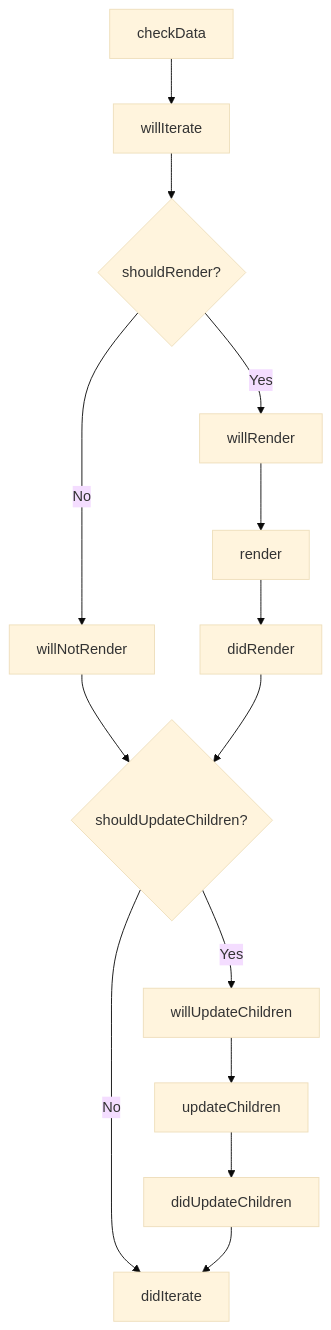
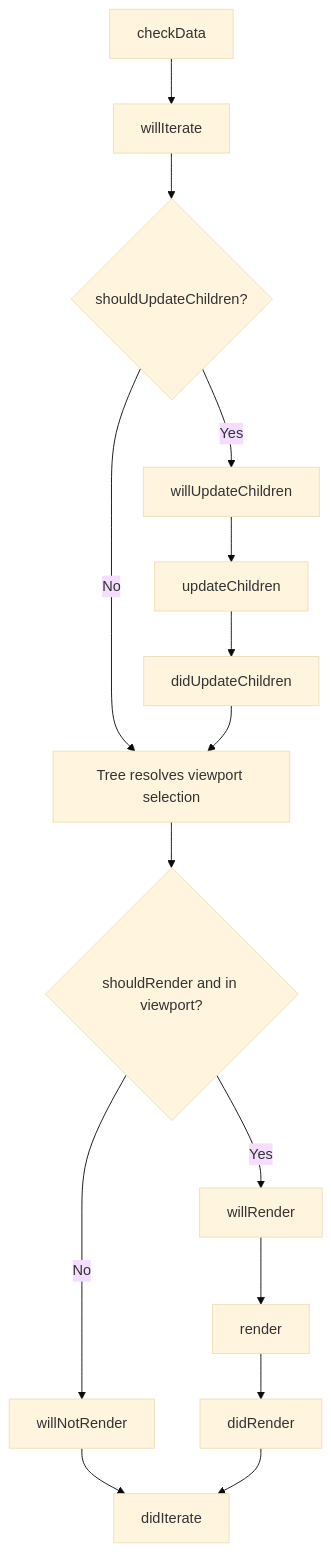
One commit to gravity-ui/graph changed the second of 2 diagrams in packages/graph/docs/system/component-lifecycle.md. Above: the diagram before and after it, drawn with Mermaid (base theme). The commit also changed other lines of this file and 35 other files, not shown here.

Commit message:
feat(graph): make viewport culling native to layer trees

````diff
--- a/packages/graph/docs/system/component-lifecycle.md
+++ b/packages/graph/docs/system/component-lifecycle.md
@@ -65,16 +70,17 @@
    ```mermaid
    flowchart TD
        A[checkData] --> B[willIterate]
-       B --> C{shouldRender?}
+       B --> H{shouldUpdateChildren?}
+       H -->|Yes| I[willUpdateChildren]
+       I --> J[updateChildren]
+       J --> K[didUpdateChildren]
+       H -->|No| V[Tree resolves viewport selection]
+       K --> V
+       V --> C{shouldRender and in viewport?}
        C -->|Yes| D[willRender]
        D --> E[render]
        E --> F[didRender]
        C -->|No| G[willNotRender]
-       G --> H{shouldUpdateChildren?}
-       F --> H
-       H -->|Yes| I[willUpdateChildren]
-       I --> J[updateChildren]
-       J --> K[didUpdateChildren]
-       H -->|No| L[didIterate]
-       K --> L
+       G --> L[didIterate]
+       F --> L
    ```
````
